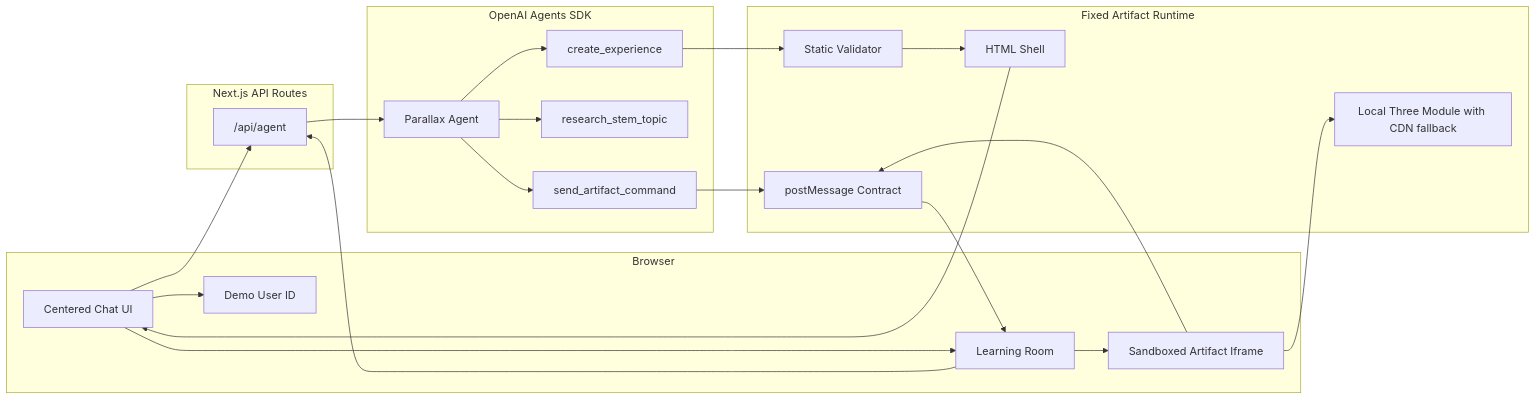
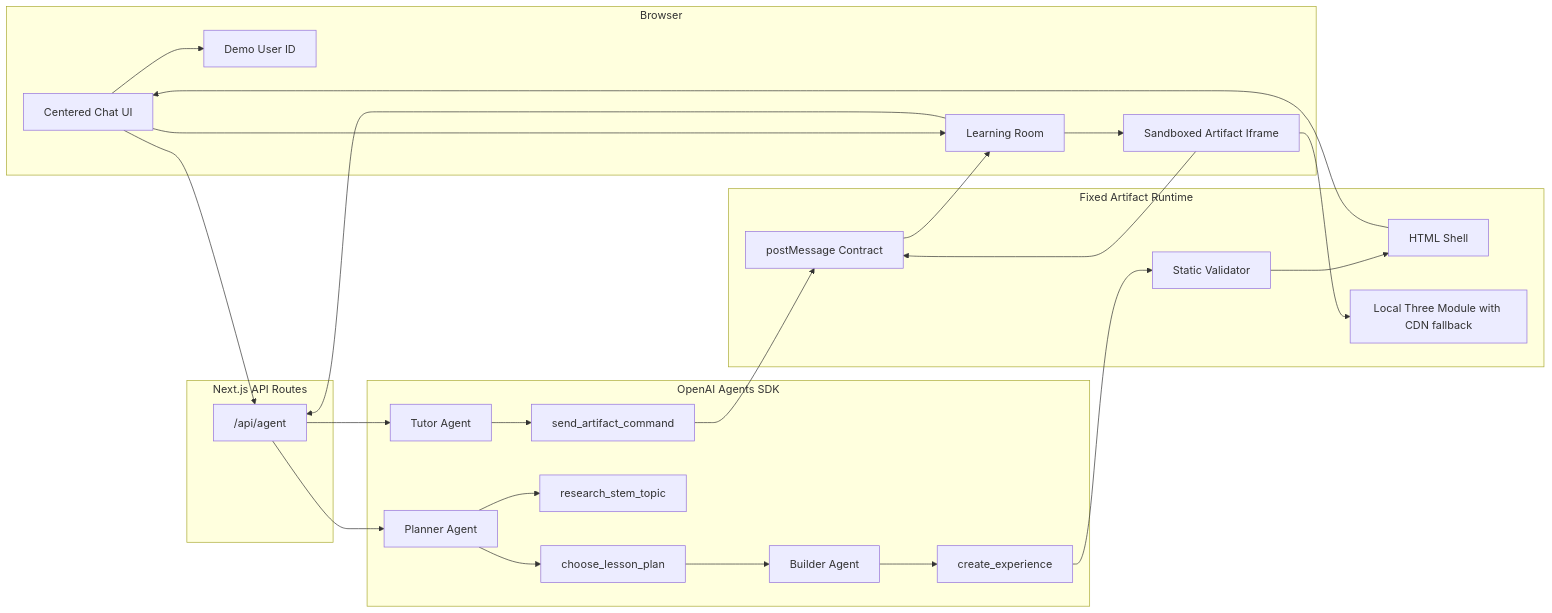
The second of 2 diagrams in docs/parallax-architecture.md (S-W-Leong/parallax), drawn with Mermaid before and after one commit. The commit also changed other lines of this file, not shown here.

````diff
--- a/docs/parallax-architecture.md
+++ b/docs/parallax-architecture.md
@@ -62,44 +66,50 @@
 ```mermaid
 flowchart LR
   subgraph Browser
     Chat[Centered Chat UI]
     Room[Learning Room]
     Frame[Sandboxed Artifact Iframe]
     Store[Demo User ID]
   end
 
   subgraph NextRoutes[Next.js API Routes]
     AgentAPI["/api/agent"]
   end
 
   subgraph Agents[OpenAI Agents SDK]
-    Agent[Parallax Agent]
+    Planner[Planner Agent]
+    Builder[Builder Agent]
+    Tutor[Tutor Agent]
+    PlanTool[choose_lesson_plan]
     CreateTool[create_experience]
     ResearchTool[research_stem_topic]
     CommandTool[send_artifact_command]
   end
 
   subgraph ArtifactRuntime[Fixed Artifact Runtime]
     Template[HTML Shell]
     Validator[Static Validator]
     Three[Local Three Module with CDN fallback]
     Bridge[postMessage Contract]
   end
 
   Chat --> AgentAPI
   Chat --> Store
-  AgentAPI --> Agent
-  Agent --> ResearchTool
-  Agent --> CreateTool
+  AgentAPI --> Planner
+  Planner --> ResearchTool
+  Planner --> PlanTool
+  PlanTool --> Builder
+  Builder --> CreateTool
   CreateTool --> Validator
   Validator --> Template
   Template --> Chat
   Chat --> Room
   Room --> Frame
   Frame --> Three
   Frame --> Bridge
   Bridge --> Room
   Room --> AgentAPI
-  Agent --> CommandTool
+  AgentAPI --> Tutor
+  Tutor --> CommandTool
   CommandTool --> Bridge
 ```
````
